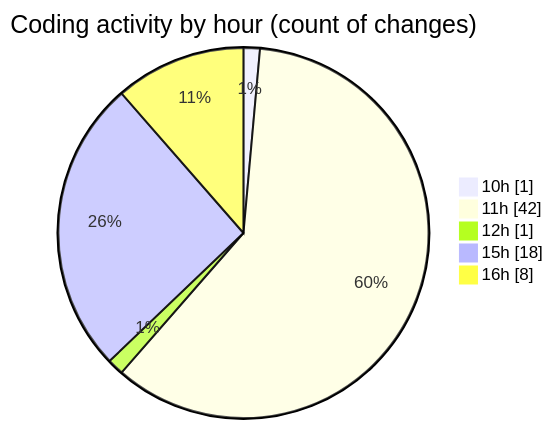
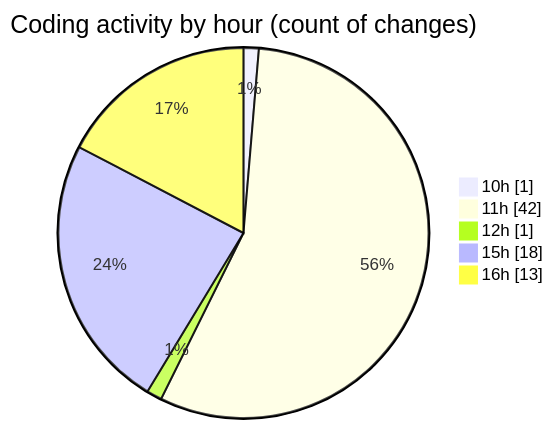
Before and after one commit to nxtqubesakshisongat/code-tracking: the second of 2 diagrams in 2025-06-25/nxtqube_webapp/README.md, drawn with Mermaid. The commit also changed other lines of this file and 1 other file, not shown here.

````diff
--- a/2025-06-25/nxtqube_webapp/README.md
+++ b/2025-06-25/nxtqube_webapp/README.md
@@ -33,9 +33,9 @@
 ```mermaid
 pie showData
 title Coding activity by hour (count of changes)
 "10h" : 1
 "11h" : 42
 "12h" : 1
 "15h" : 18
-"16h" : 8
+"16h" : 13
 ```
````
